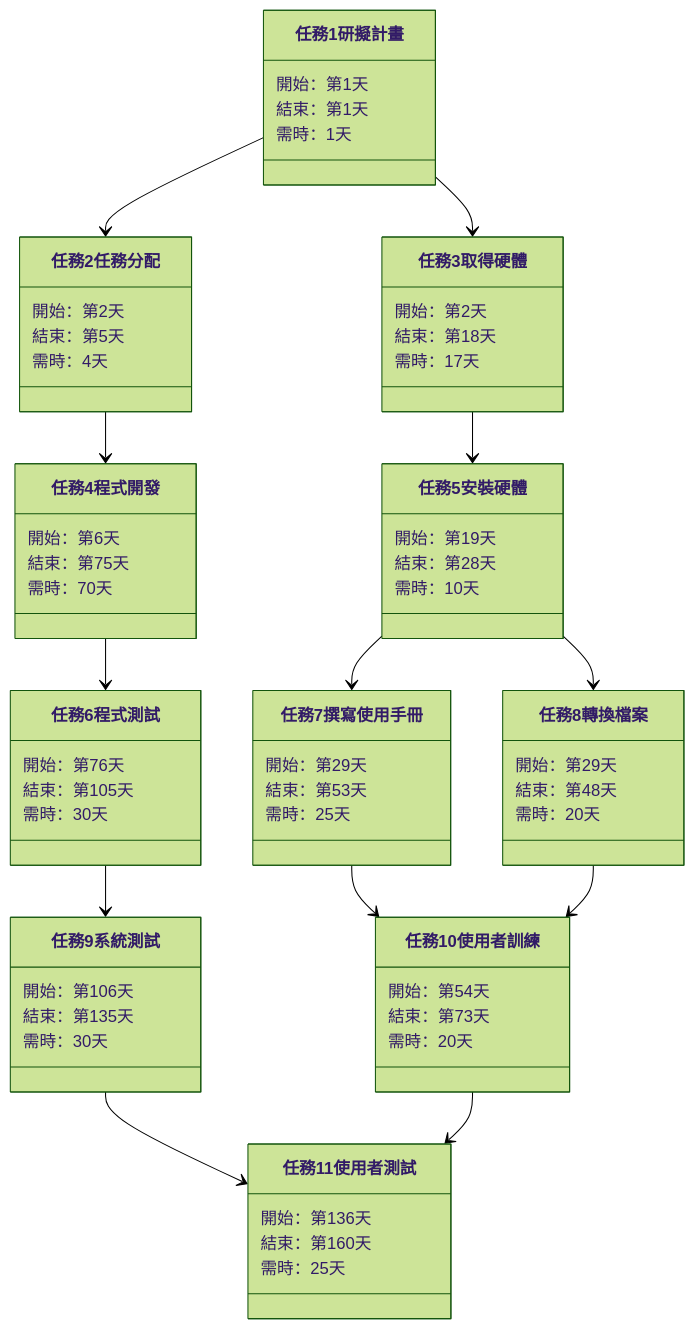
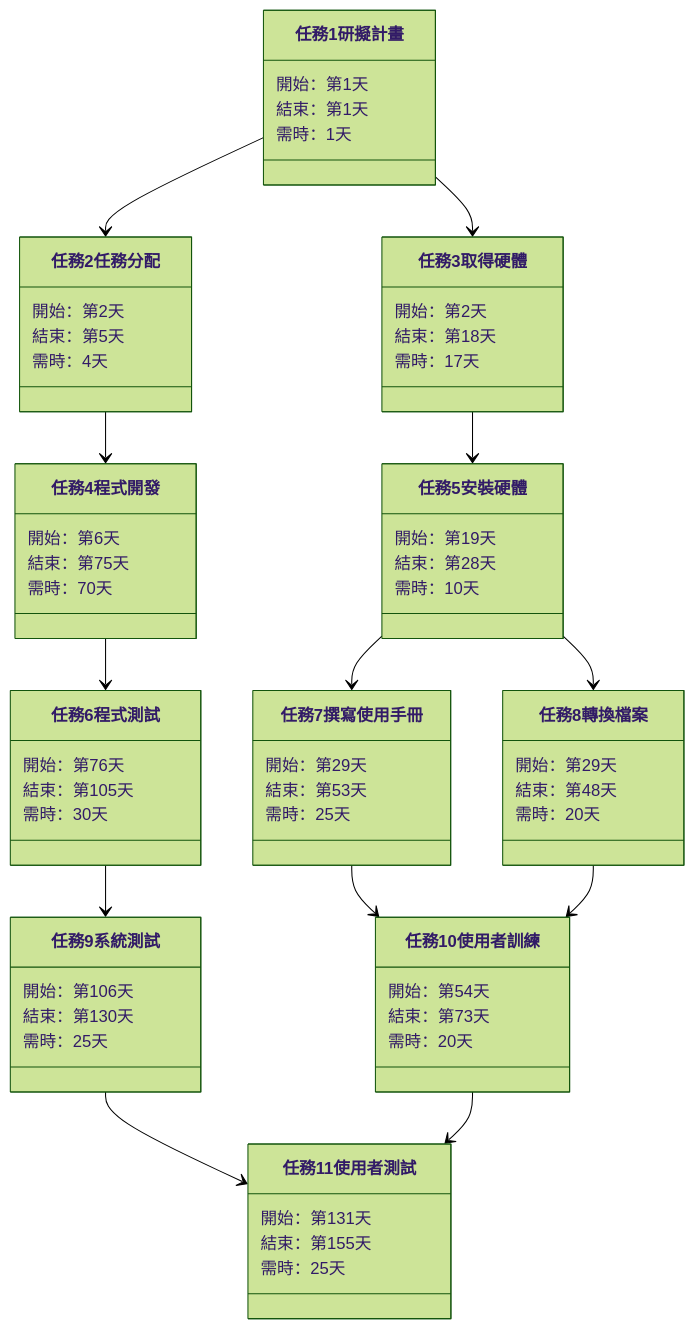
The first of 2 diagrams in hw2.md (mark13578/2022-sasd), drawn with Mermaid (forest theme) before and after one commit.

Commit message:
Update hw2.md
修改天數

````diff
--- a/hw2.md
+++ b/hw2.md
@@ -16,61 +16,61 @@
 ```mermaid
 classDiagram
 
 任務1 研擬計畫 --> 任務2 任務分配
 任務1 研擬計畫 --> 任務3 取得硬體
 任務2 任務分配 --> 任務4 程式開發
 任務3 取得硬體 --> 任務5 安裝硬體
 任務4 程式開發 --> 任務6 程式測試
 任務5 安裝硬體 --> 任務7 撰寫使用手冊
 任務5 安裝硬體 --> 任務8 轉換檔案
 任務6 程式測試 --> 任務9 系統測試
 任務7 撰寫使用手冊 --> 任務10 使用者訓練
 任務8 轉換檔案 --> 任務10 使用者訓練
 任務9 系統測試 --> 任務11 使用者測試
 任務10 使用者訓練 --> 任務11 使用者測試
 
 
 任務1 研擬計畫 : 開始：第1天
 任務1 研擬計畫 : 結束：第1天
 任務1 研擬計畫 : 需時：1天
 
 任務2 任務分配 : 開始：第2天
 任務2 任務分配 : 結束：第5天
 任務2 任務分配 : 需時：4天
 
 任務3 取得硬體 : 開始：第2天
 任務3 取得硬體 : 結束：第18天
 任務3 取得硬體 : 需時：17天
 
 任務4 程式開發 : 開始：第6天
 任務4 程式開發 : 結束：第75天
 任務4 程式開發 : 需時：70天
 
 任務5 安裝硬體 : 開始：第19天
 任務5 安裝硬體 : 結束：第28天
 任務5 安裝硬體 : 需時：10天
 
 任務6 程式測試 : 開始：第76天
 任務6 程式測試 : 結束：第105天
 任務6 程式測試 : 需時：30天
 
 任務7 撰寫使用手冊 : 開始：第29天
 任務7 撰寫使用手冊 : 結束：第53天
 任務7 撰寫使用手冊 : 需時：25天
 
 任務8 轉換檔案 : 開始：第29天
 任務8 轉換檔案 : 結束：第48天
 任務8 轉換檔案 : 需時：20天
 
 任務9 系統測試 : 開始：第106天
-任務9 系統測試 : 結束：第135天
-任務9 系統測試 : 需時：30天
+任務9 系統測試 : 結束：第130天
+任務9 系統測試 : 需時：25天
 
 任務10 使用者訓練 : 開始：第54天
 任務10 使用者訓練 : 結束：第73天
 任務10 使用者訓練 : 需時：20天
 
-任務11 使用者測試 : 開始：第136天
-任務11 使用者測試 : 結束：第160天
+任務11 使用者測試 : 開始：第131天
+任務11 使用者測試 : 結束：第155天
 任務11 使用者測試 : 需時：25天
 ```
````
